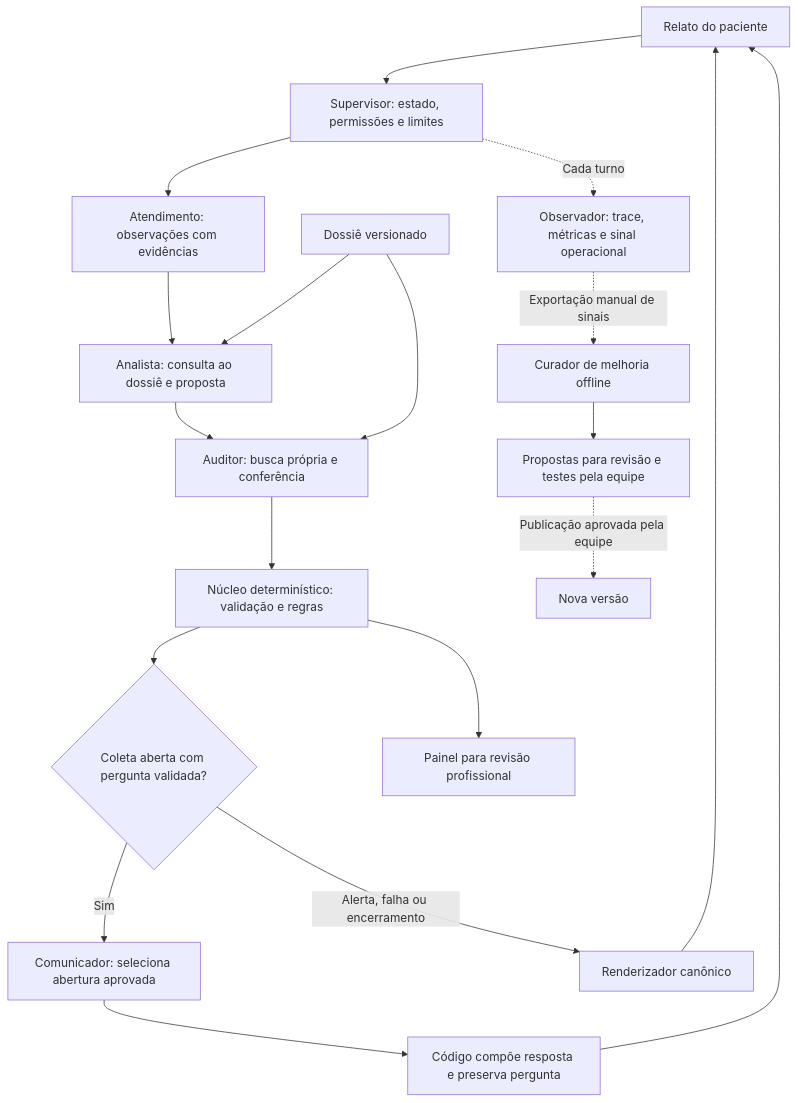
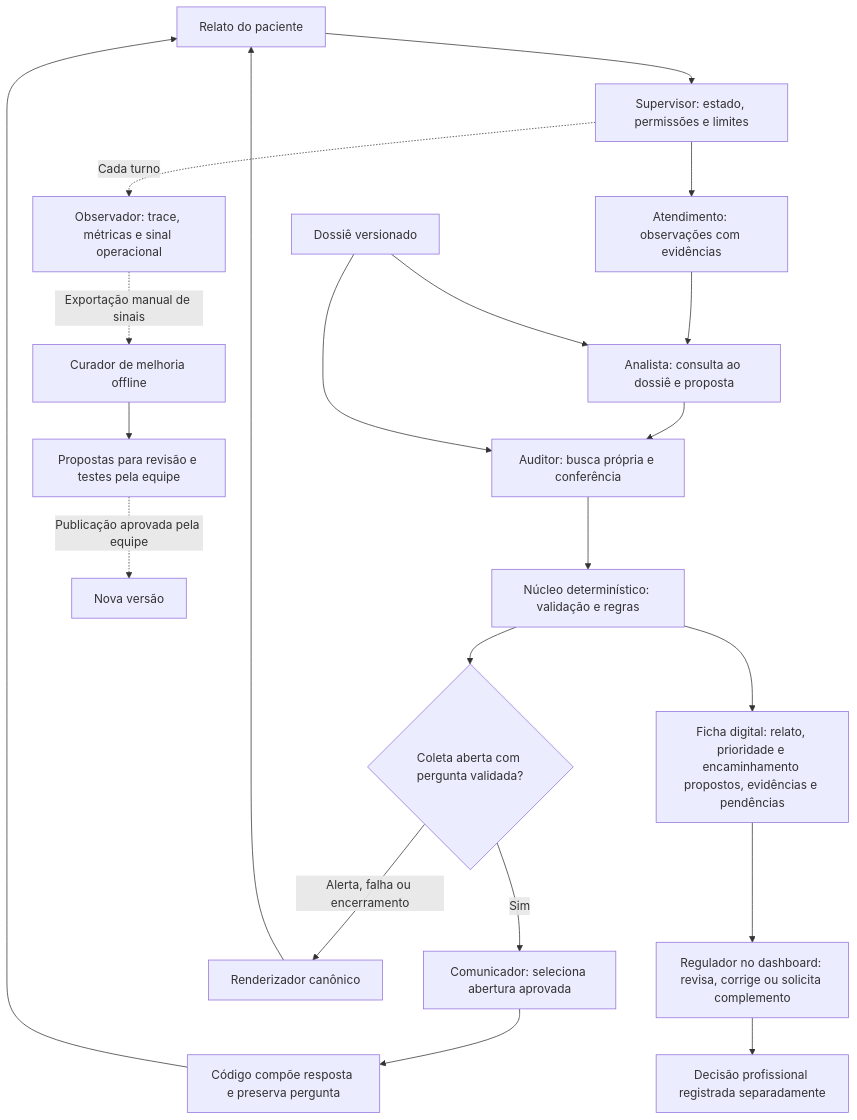
The diagram in README.md (Cabedal/healthflow-akcit-camp-2026), drawn with Mermaid before and after one commit. The commit also changed other lines of this file and 2 other files, not shown here.

Commit message:
docs: esclarecer ficha de pre-triagem e outputs para submissao

````diff
--- a/README.md
+++ b/README.md
@@ -22,21 +47,23 @@
 ```mermaid
 flowchart TD
     P[Relato do paciente] --> S[Supervisor: estado, permissões e limites]
     S --> A[Atendimento: observações com evidências]
     A --> B[Analista: consulta ao dossiê e proposta]
     D[Dossiê versionado] --> B
     B --> C[Auditor: busca própria e conferência]
     D --> C
     C --> K[Núcleo determinístico: validação e regras]
     K --> T{Coleta aberta com pergunta validada?}
     T -->|Sim| M[Comunicador: seleciona abertura aprovada]
     M --> R[Código compõe resposta e preserva pergunta]
     T -->|Alerta, falha ou encerramento| N[Renderizador canônico]
     R --> P
     N --> P
-    K --> H[Painel para revisão profissional]
+    K --> F[Ficha digital: relato, prioridade e encaminhamento propostos, evidências e pendências]
+    F --> H[Regulador no dashboard: revisa, corrige ou solicita complemento]
+    H --> J[Decisão profissional registrada separadamente]
     S -. Cada turno .-> O[Observador: trace, métricas e sinal operacional]
     O -. Exportação manual de sinais .-> L[Curador de melhoria offline]
     L --> V[Propostas para revisão e testes pela equipe]
     V -. Publicação aprovada pela equipe .-> E[Nova versão]
 ```
````
